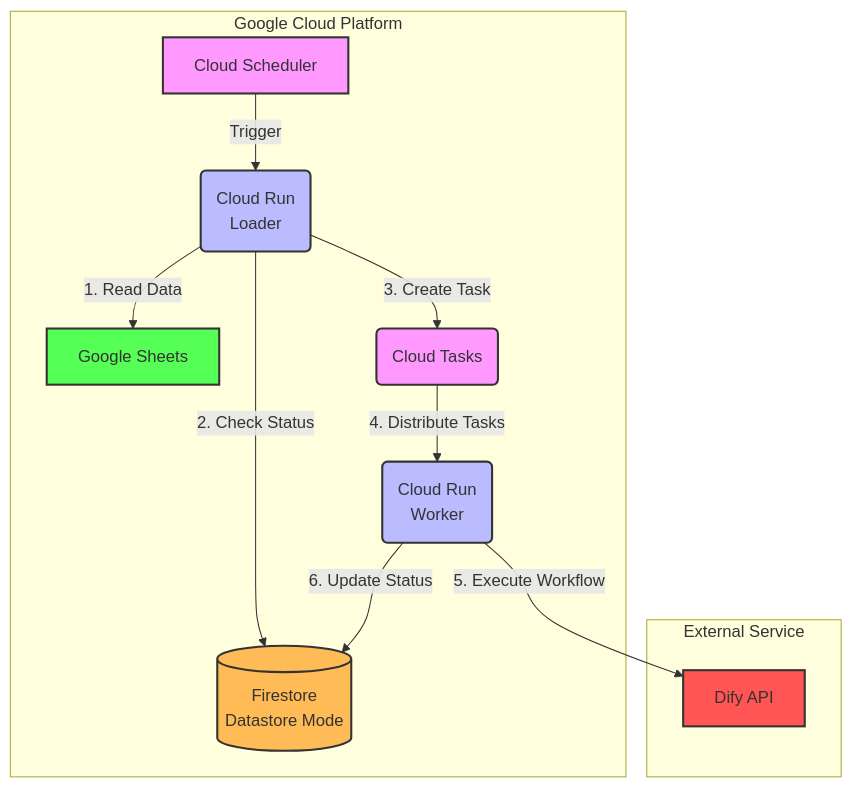
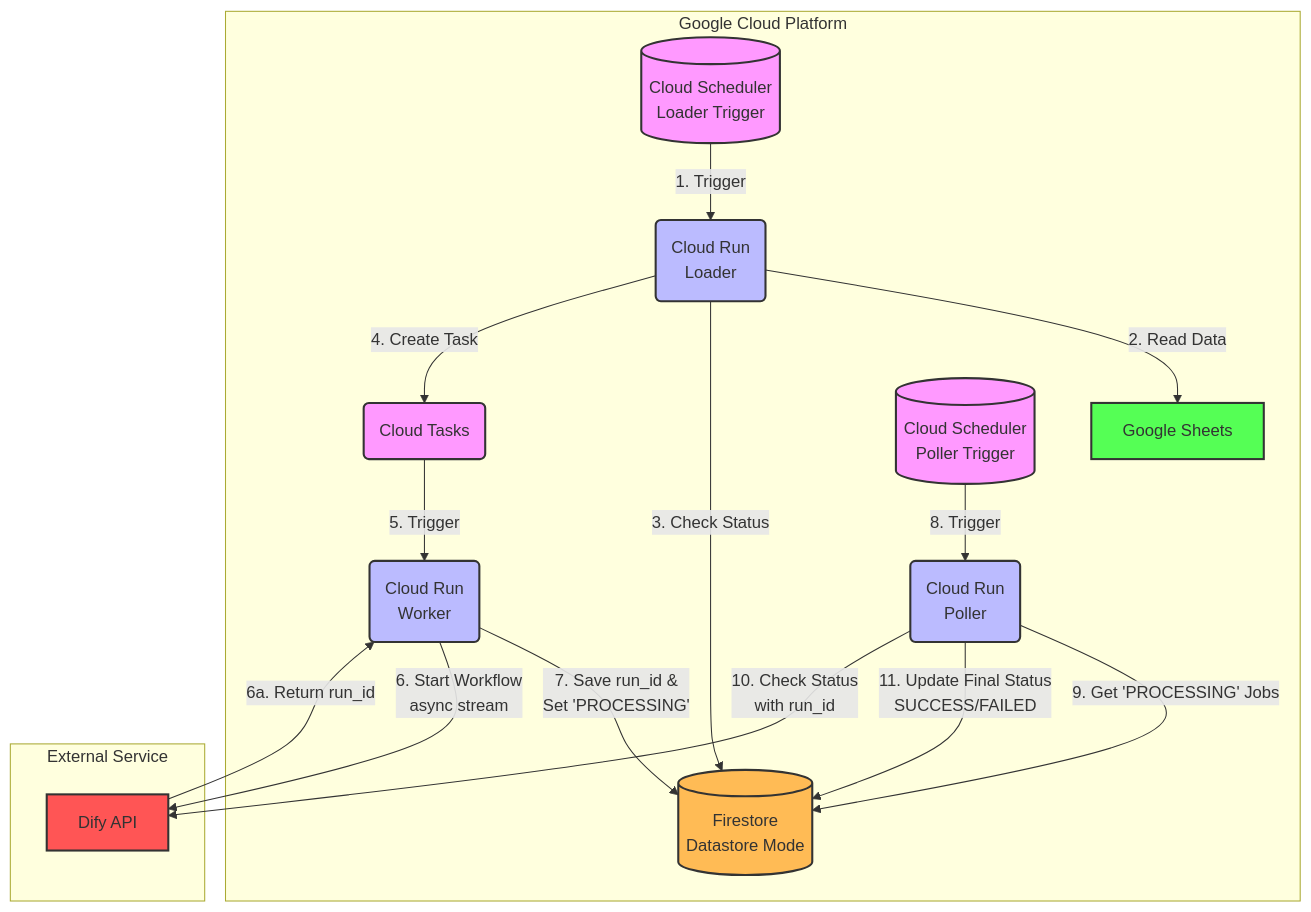
One commit to bookips/solvook-dify changed the diagram in dify-batch-processor/README.md. Above: the diagram before and after it, drawn with Mermaid. The commit also changed other lines of this file and 9 other files, not shown here.

First line of the commit message:
docs: update README to reflect polling architecture

````diff
--- a/dify-batch-processor/README.md
+++ b/dify-batch-processor/README.md
@@ -11,23 +13,32 @@
 ```mermaid
 graph TD
     subgraph "Google Cloud Platform"
-        Scheduler[Cloud Scheduler] -->|Trigger| Loader(Cloud Run<br/>Loader)
-        Loader -->|1. Read Data| GSheets[Google Sheets]
-        Loader -->|2. Check Status| Firestore[(Firestore<br/>Datastore Mode)]
-        Loader -->|3. Create Task| Tasks(Cloud Tasks)
-        Tasks -->|4. Distribute Tasks| Worker(Cloud Run<br/>Worker)
-        Worker -->|6. Update Status| Firestore
+        Scheduler[(Cloud Scheduler<br/>Loader Trigger)] -->|1. Trigger| Loader(Cloud Run<br/>Loader)
+        Loader -->|2. Read Data| GSheets[Google Sheets]
+        Loader -->|3. Check Status| Firestore[(Firestore<br/>Datastore Mode)]
+        Loader -->|4. Create Task| Tasks(Cloud Tasks)
+        
+        Tasks -->|5. Trigger| Worker(Cloud Run<br/>Worker)
+        Worker -->|7. Save run_id &<br/>Set 'PROCESSING'| Firestore
+
+        Scheduler2[(Cloud Scheduler<br/>Poller Trigger)] -->|8. Trigger| Poller(Cloud Run<br/>Poller)
+        Poller -->|9. Get 'PROCESSING' Jobs| Firestore
+        Poller -->|11. Update Final Status<br/>SUCCESS/FAILED| Firestore
     end
 
     subgraph "External Service"
-        Worker -->|5. Execute Workflow| Dify[Dify API]
+        Worker -->|6. Start Workflow<br/>async stream| Dify[Dify API]
+        Dify -->|6a. Return run_id| Worker
+        Poller -->|10. Check Status<br/>with run_id | Dify
     end
 
     style Scheduler fill:#f9f,stroke:#333,stroke-width:2px
+    style Scheduler2 fill:#f9f,stroke:#333,stroke-width:2px
     style Loader fill:#bbf,stroke:#333,stroke-width:2px
     style Worker fill:#bbf,stroke:#333,stroke-width:2px
+    style Poller fill:#bbf,stroke:#333,stroke-width:2px
     style Tasks fill:#f9f,stroke:#333,stroke-width:2px
     style Firestore fill:#fb5,stroke:#333,stroke-width:2px
     style GSheets fill:#5f5,stroke:#333,stroke-width:2px
     style Dify fill:#f55,stroke:#333,stroke-width:2px
 ```
````
